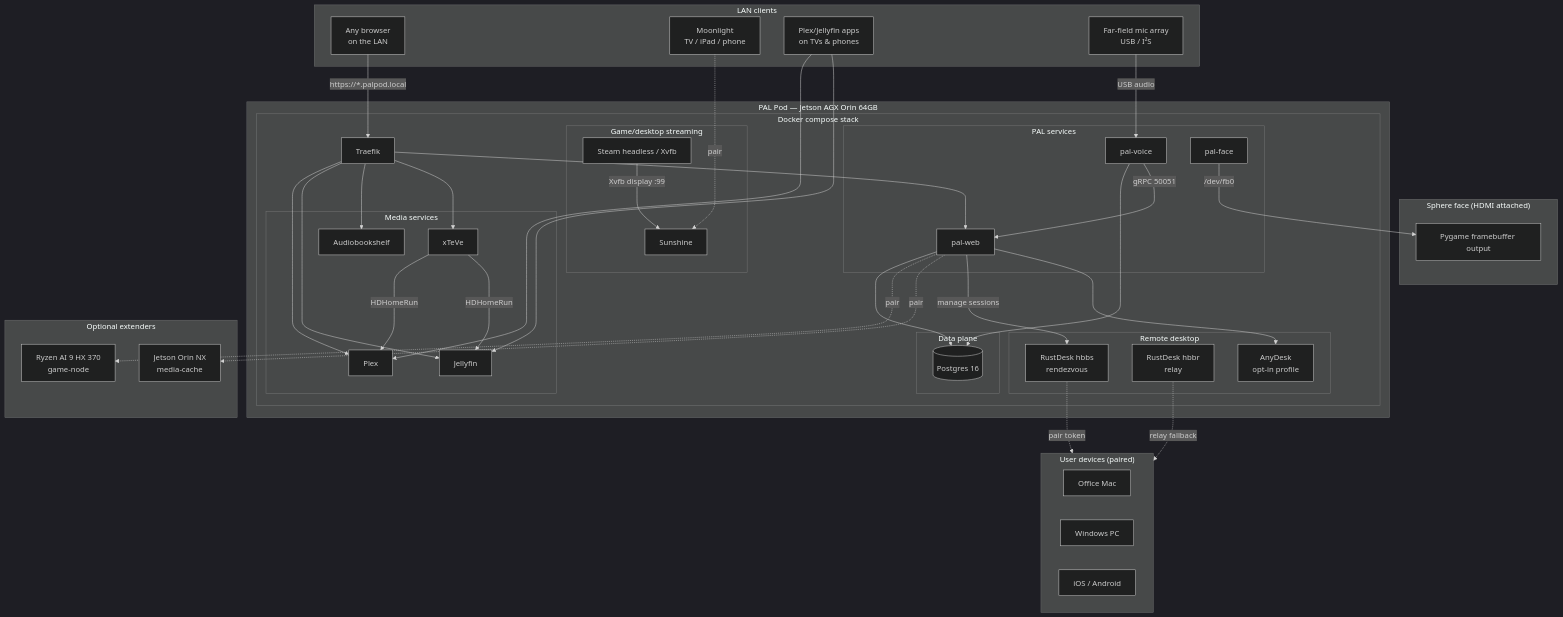
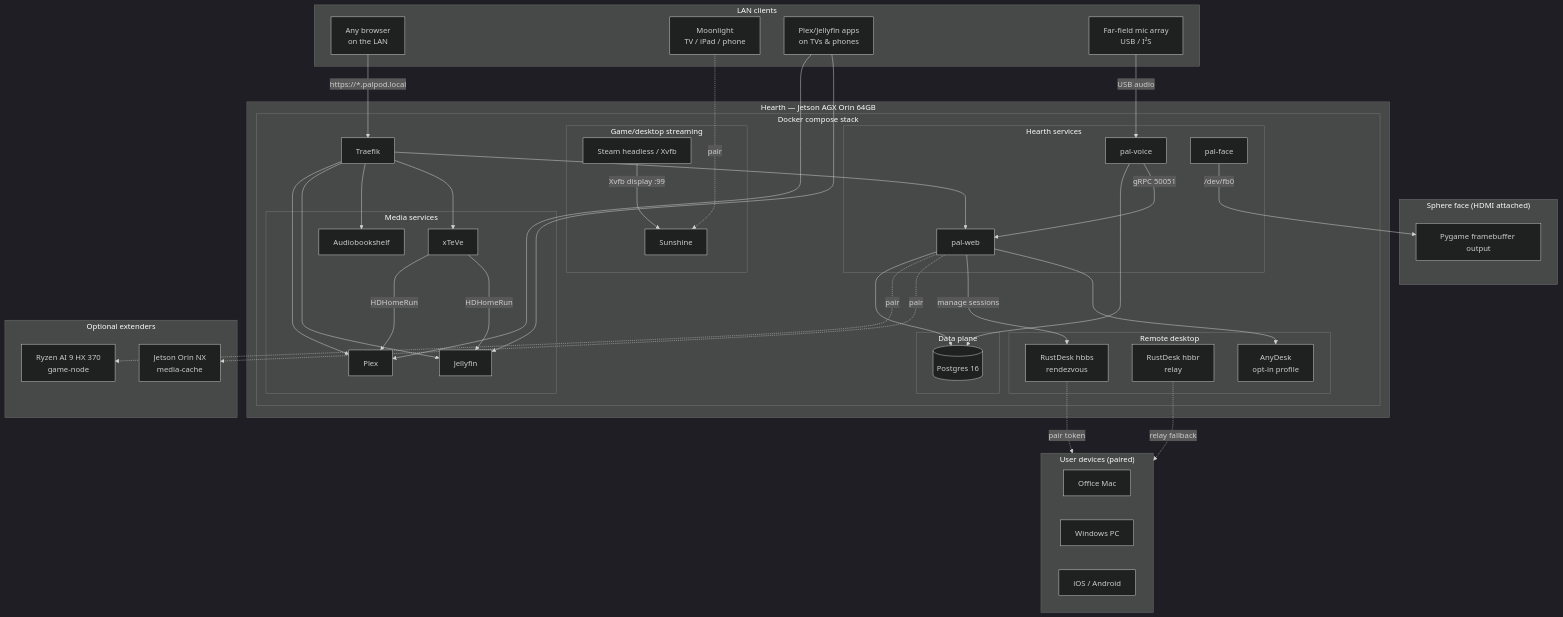
Before and after one commit to A-Hackers-Guide/palpod-os: the first of 2 diagrams in docs/ARCHITECTURE.md, drawn with Mermaid (dark theme). The commit also changed other lines of this file and 30 other files, not shown here.

First line of the commit message:
brand: sweep PAL Pod → Hearth, remove Mitchells refs (Sony IP)

````diff
--- a/docs/ARCHITECTURE.md
+++ b/docs/ARCHITECTURE.md
@@ -11,77 +11,77 @@
 ```mermaid
 graph TB
     subgraph Sphere["Sphere face (HDMI attached)"]
         FaceOut[Pygame framebuffer output]
     end
 
-    subgraph Pod["PAL Pod — Jetson AGX Orin 64GB"]
+    subgraph Pod["Hearth — Jetson AGX Orin 64GB"]
         subgraph Docker["Docker compose stack"]
             Traefik
             subgraph Data["Data plane"]
                 Postgres[(Postgres 16)]
             end
             subgraph Media["Media services"]
                 Plex
                 Jellyfin
                 ABS[Audiobookshelf]
                 xTeVe
             end
             subgraph Streaming["Game/desktop streaming"]
                 Sunshine
                 SteamHL[Steam headless / Xvfb]
             end
-            subgraph PalStack["PAL services"]
+            subgraph PalStack["Hearth services"]
                 PalWeb[pal-web]
                 PalVoice[pal-voice]
                 PalFace[pal-face]
             end
             subgraph RemoteDesk["Remote desktop"]
                 Hbbs[RustDesk hbbs<br/>rendezvous]
                 Hbbr[RustDesk hbbr<br/>relay]
                 AnyDesk[AnyDesk<br/>opt-in profile]
             end
         end
     end
 
     subgraph Clients["LAN clients"]
         Browser[Any browser<br/>on the LAN]
         Moonlight[Moonlight<br/>TV / iPad / phone]
         PlexApp[Plex/Jellyfin apps<br/>on TVs & phones]
         MicArray[Far-field mic array<br/>USB / I²S]
     end
 
     subgraph UserDevices["User devices (paired)"]
         Mac[Office Mac]
         PC[Windows PC]
         Phone[iOS / Android]
     end
 
     subgraph Extenders["Optional extenders"]
         E1[Ryzen AI 9 HX 370<br/>game-node]
         E2[Jetson Orin NX<br/>media-cache]
     end
 
     Traefik --> Plex
     Traefik --> Jellyfin
     Traefik --> ABS
     Traefik --> xTeVe
     Traefik --> PalWeb
     Browser -->|https://*.palpod.local| Traefik
     PlexApp --> Plex
     PlexApp --> Jellyfin
     xTeVe -->|HDHomeRun| Plex
     xTeVe -->|HDHomeRun| Jellyfin
     Moonlight -.pair.-> Sunshine
     SteamHL -->|Xvfb display :99| Sunshine
     PalWeb --> Postgres
     PalVoice --> Postgres
     PalVoice -->|gRPC 50051| PalWeb
     MicArray -->|USB audio| PalVoice
     PalFace -->|/dev/fb0| FaceOut
     PalWeb -.pair.-> E1
     PalWeb -.pair.-> E2
     PalWeb -->|manage sessions| Hbbs
     Hbbs -.pair token.-> UserDevices
     Hbbr -.relay fallback.-> UserDevices
     PalWeb --> AnyDesk
 ```
````
